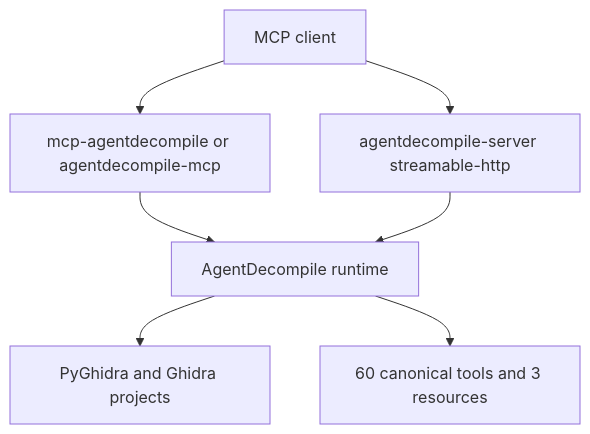
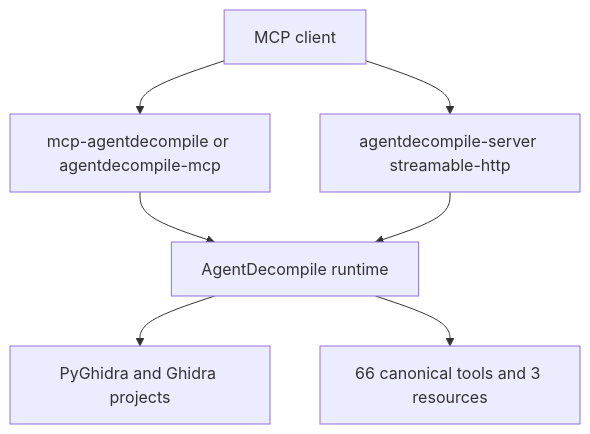
The first of 4 diagrams in README.md (bolabaden/AgentDecompile), drawn with Mermaid before and after one commit. The commit also changed other lines of this file and 11 other files, not shown here.

````diff
--- a/README.md
+++ b/README.md
@@ -9,9 +9,9 @@
 ```mermaid
 flowchart TD
   A[MCP client] --> B[mcp-agentdecompile or agentdecompile-mcp]
   A --> C[agentdecompile-server streamable-http]
   B --> D[AgentDecompile runtime]
   C --> D
   D --> E[PyGhidra and Ghidra projects]
-  D --> F[60 canonical tools and 3 resources]
+  D --> F[66 canonical tools and 3 resources]
 ```
````
